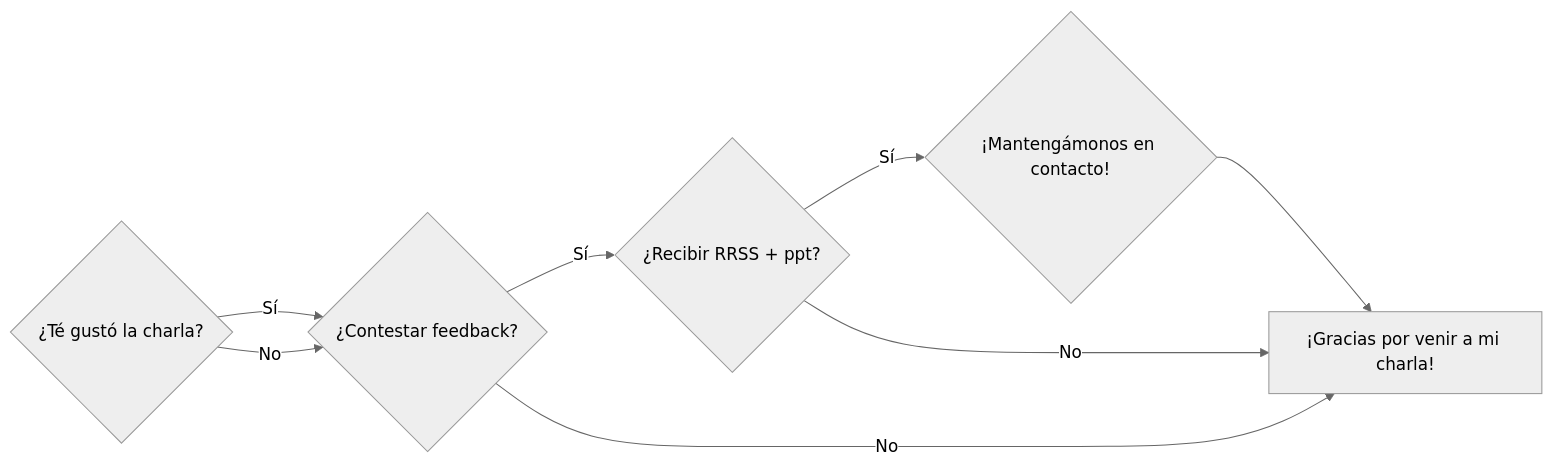
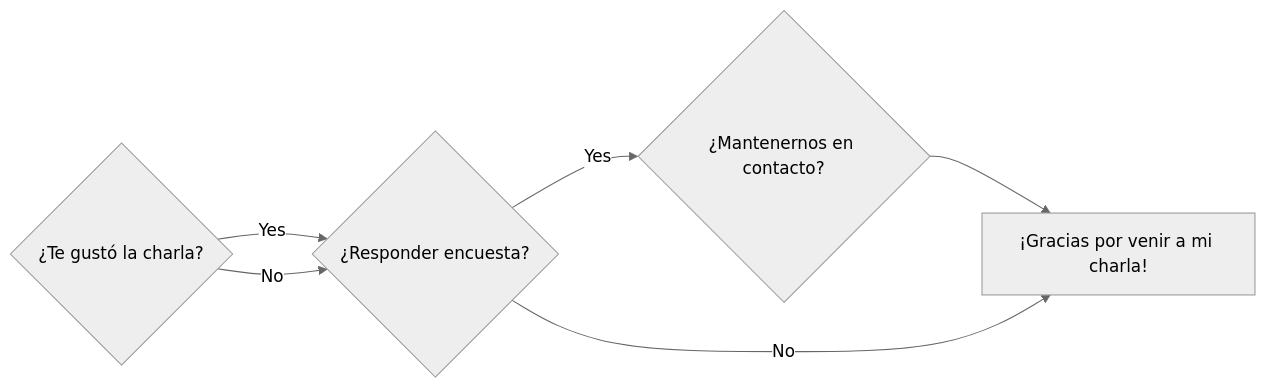
Before and after one commit to sebastiandres/talk_2024_05_pycon_us: the diagram in presentacion-español-nerdearla.qmd, drawn with Mermaid (neutral theme). The commit also changed other lines of this file and 3 other files, not shown here.

````diff
--- a/presentacion-español-nerdearla.qmd
+++ b/presentacion-español-nerdearla.qmd
@@ -813,11 +840,9 @@
 ```{mermaid}
 %%| echo: false
 flowchart LR
-  A{"¿Té gustó la charla?"} --> |Sí| B{"¿Contestar feedback?"}
+  A{"¿Te gustó la charla?"} --> |Yes| B{"¿Responder encuesta?"}
   A --> |No| B
-  B --> |Sí| C{"¿Recibir RRSS + ppt?"}
-  C --> |Sí| D{"¡Mantengámonos en contacto!"}
-  D --> Z["¡Gracias por venir a mi charla!"]
+  B --> |Yes| C{"¿Mantenernos en contacto?"}
+  C --> Z["¡Gracias por venir a mi charla!"]
   B --> |No| Z
-  C --> |No| Z
 ```
````
